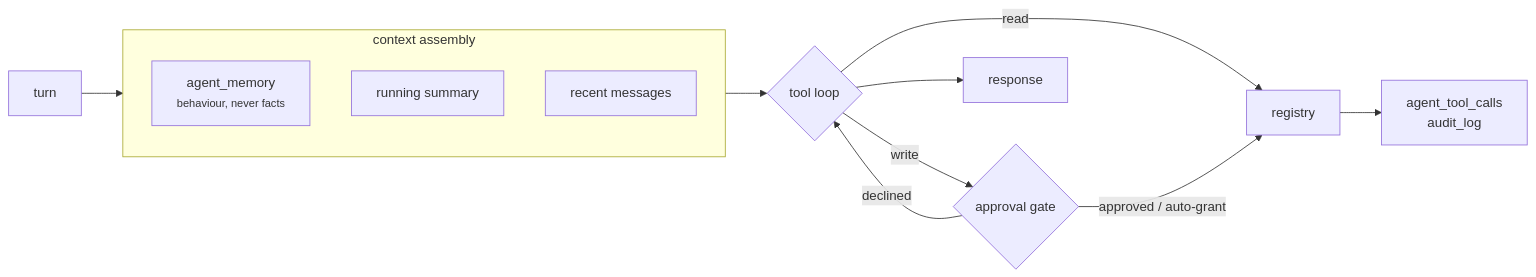
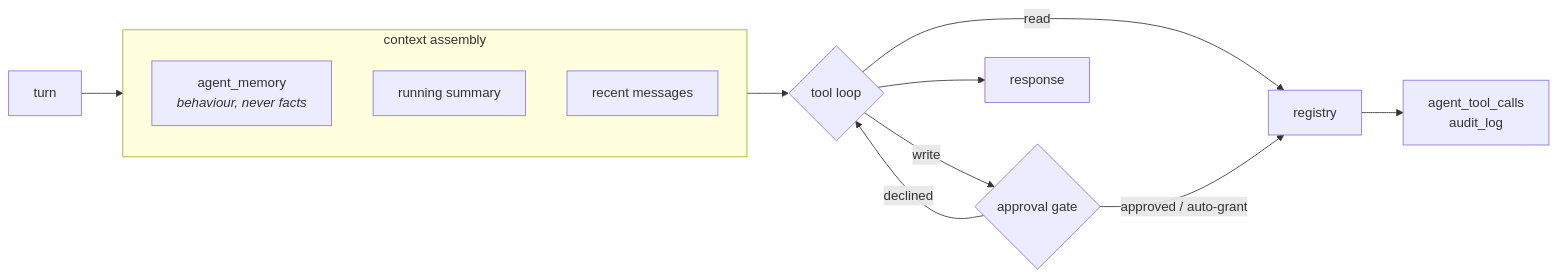
Before and after one commit to VoltLightning/waltning: the second of 3 diagrams in docs/specification/architecture/02-components.md, drawn with Mermaid. The commit also changed other lines of this file and 15 other files, not shown here.

````diff
--- a/docs/specification/architecture/02-components.md
+++ b/docs/specification/architecture/02-components.md
@@ -140,16 +140,16 @@
 ```mermaid
 graph LR
     IN["turn"] --> CTX
     subgraph CTX["context assembly"]
-        MEM["agent_memory<br/><small>behaviour, never facts</small>"]
+        MEM["agent_memory<br/><i>behaviour, never facts</i>"]
         SUM["running summary"]
         HIST["recent messages"]
     end
     CTX --> LOOP{"tool loop"}
     LOOP -->|read| REG["registry"]
     LOOP -->|write| GATE{"approval gate"}
     GATE -->|"approved / auto-grant"| REG
     GATE -->|declined| LOOP
     REG --> LOG["agent_tool_calls<br/>audit_log"]
     LOOP --> OUT["response"]
 ```
````
